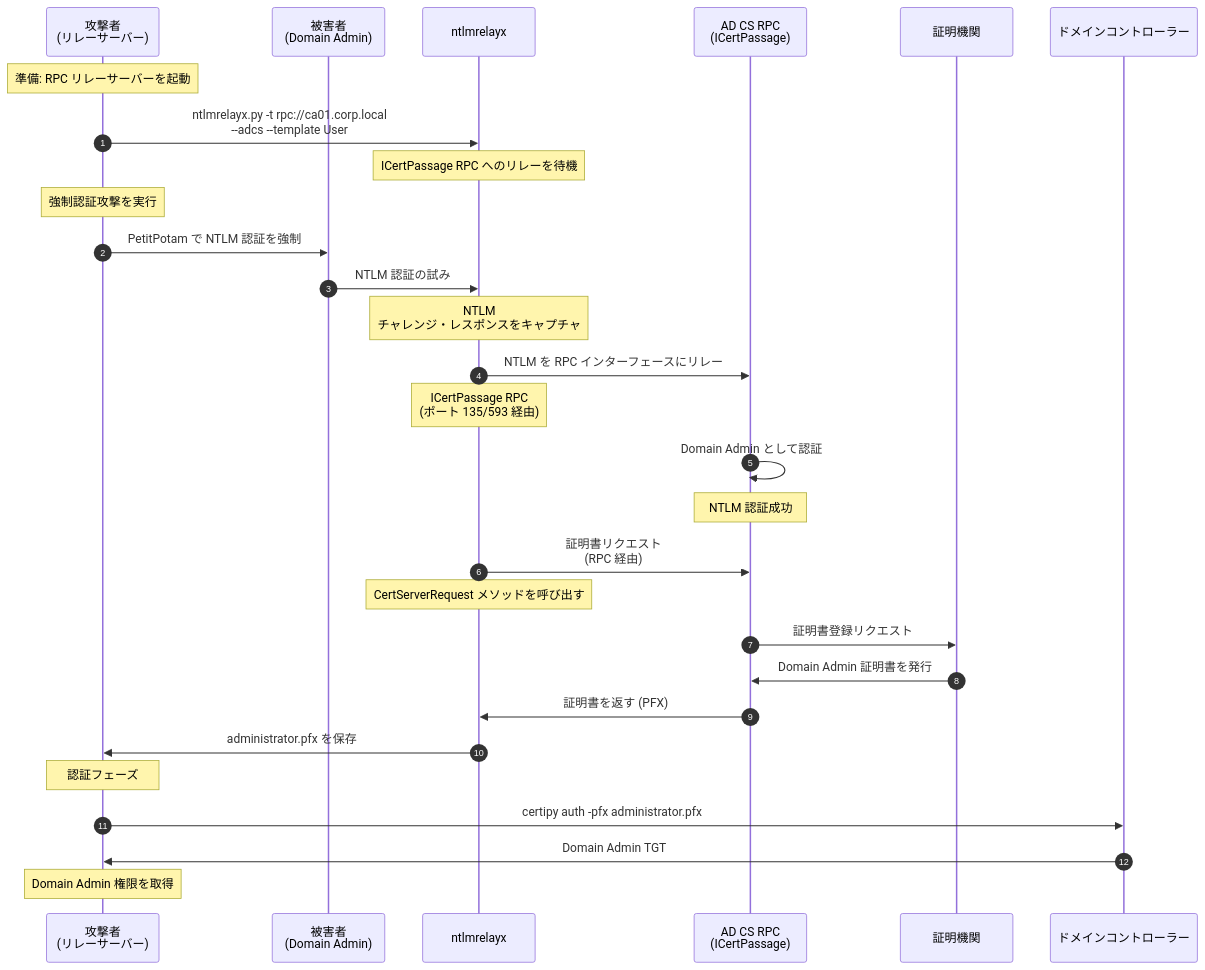
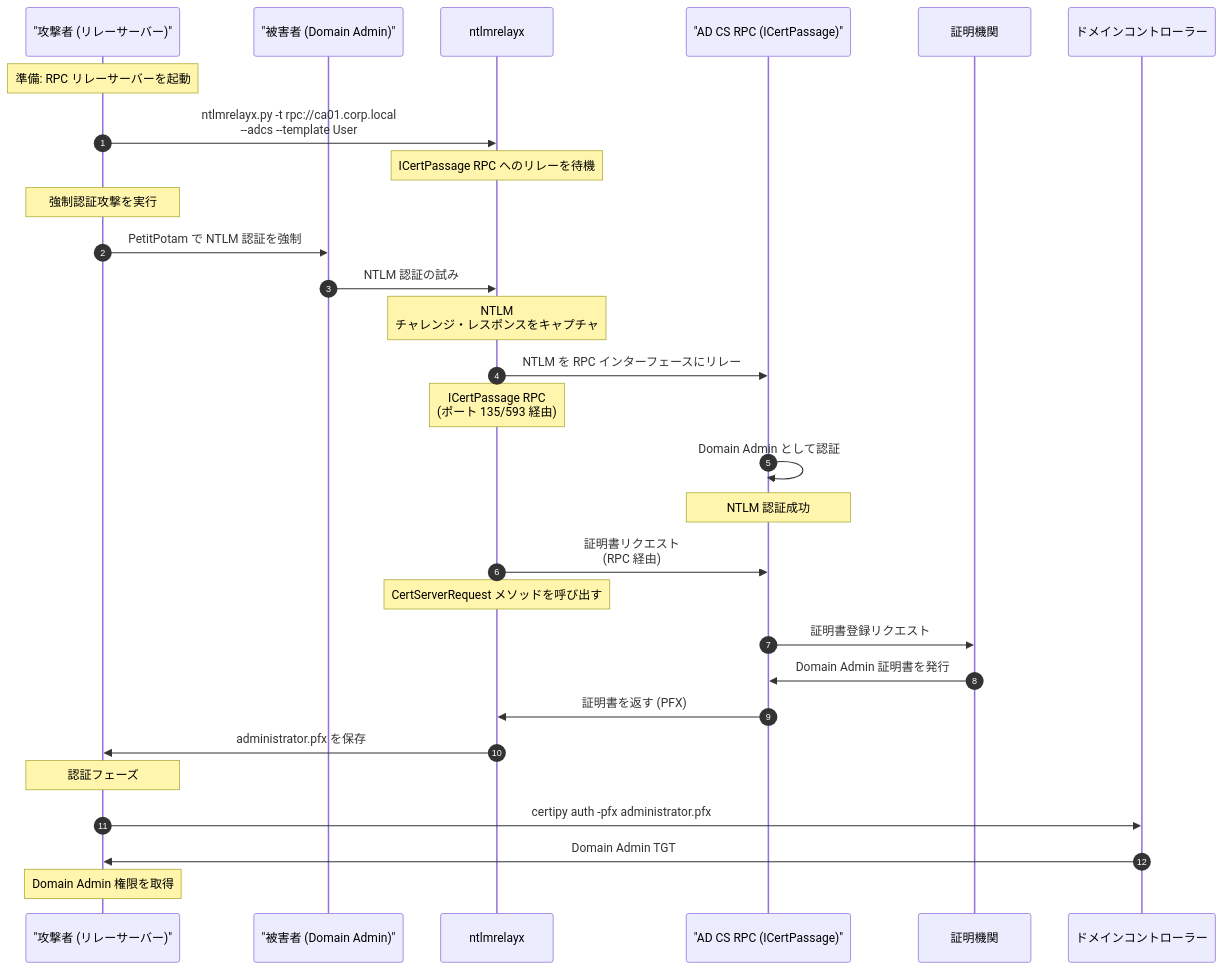
Diagram 11 of 17 in _posts/2026-03-03-tech-adcs-esc-attack-guide-ja.md (morimori-dev/morimori-dev.github.io), drawn with Mermaid before and after one commit. The commit also changed other lines of this file and 7 other files, not shown here.

First line of the commit message:
Fix Mermaid syntax errors in 8 posts

````diff
--- a/_posts/2026-03-03-tech-adcs-esc-attack-guide-ja.md
+++ b/_posts/2026-03-03-tech-adcs-esc-attack-guide-ja.md
@@ -1052,46 +1052,46 @@
 ```mermaid
 sequenceDiagram
     autonumber
-    participant A as 攻撃者<br/>(リレーサーバー)
-    participant V as 被害者<br/>(Domain Admin)
+    participant A as "攻撃者 (リレーサーバー)"
+    participant V as "被害者 (Domain Admin)"
     participant R as ntlmrelayx
-    participant RPC as AD CS RPC<br/>(ICertPassage)
+    participant RPC as "AD CS RPC (ICertPassage)"
     participant CA as 証明機関
     participant DC as ドメインコントローラー
 
     Note over A: 準備: RPC リレーサーバーを起動
 
     A->>R: ntlmrelayx.py -t rpc://ca01.corp.local<br/>--adcs --template User
 
     Note over R: ICertPassage RPC へのリレーを待機
 
     Note over A: 強制認証攻撃を実行
 
     A->>V: PetitPotam で NTLM 認証を強制
 
     V->>R: NTLM 認証の試み
 
     Note over R: NTLM<br/>チャレンジ・レスポンスをキャプチャ
 
     R->>RPC: NTLM を RPC インターフェースにリレー
     Note over R: ICertPassage RPC<br/>(ポート 135/593 経由)
 
     RPC->>RPC: Domain Admin として認証
     Note over RPC: NTLM 認証成功
 
     R->>RPC: 証明書リクエスト<br/>(RPC 経由)
     Note over R: CertServerRequest メソッドを呼び出す
 
     RPC->>CA: 証明書登録リクエスト
     CA->>RPC: Domain Admin 証明書を発行
     RPC->>R: 証明書を返す (PFX)
 
     R->>A: administrator.pfx を保存
 
     Note over A: 認証フェーズ
 
     A->>DC: certipy auth -pfx administrator.pfx
     DC->>A: Domain Admin TGT
 
     Note over A: Domain Admin 権限を取得
 ```
````
